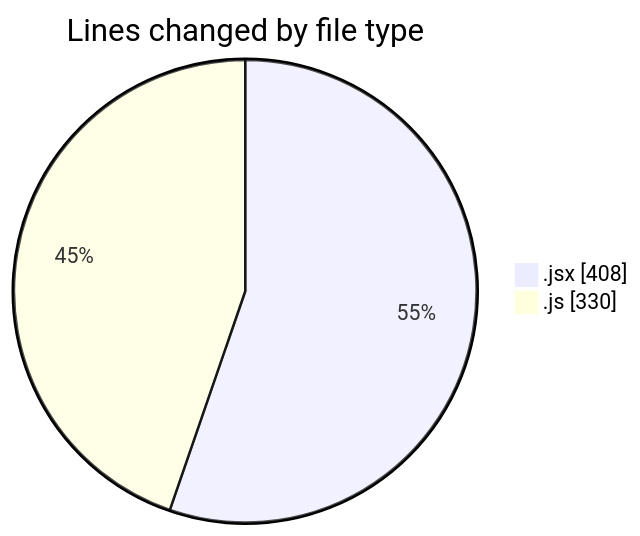
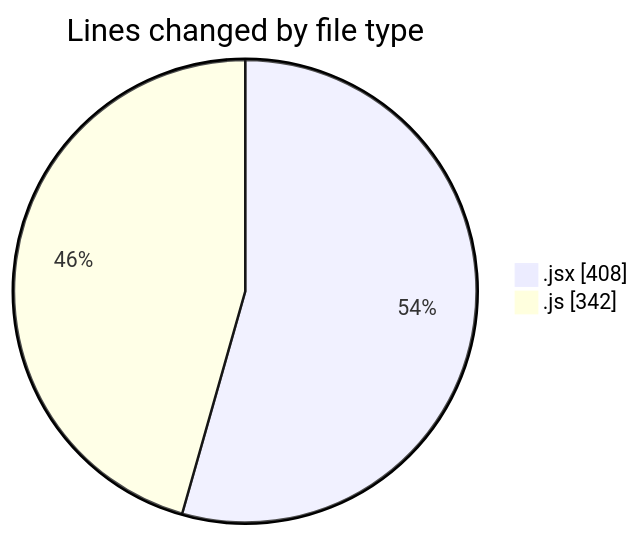
Before and after one commit to nxtqubesakshisongat/code-tracking: the first of 2 diagrams in 2025-06-27/nxtqube_webapp/README.md, drawn with Mermaid. The commit also changed other lines of this file and 1 other file, not shown here.

````diff
--- a/2025-06-27/nxtqube_webapp/README.md
+++ b/2025-06-27/nxtqube_webapp/README.md
@@ -21,6 +21,6 @@
 ```mermaid
 pie showData
 title Lines changed by file type
 ".jsx" : 408
-".js" : 330
+".js" : 342
 ```
````
